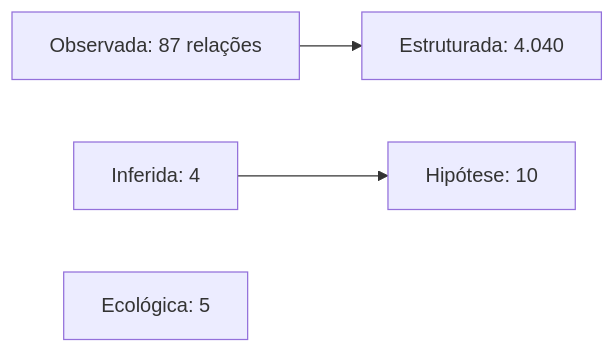
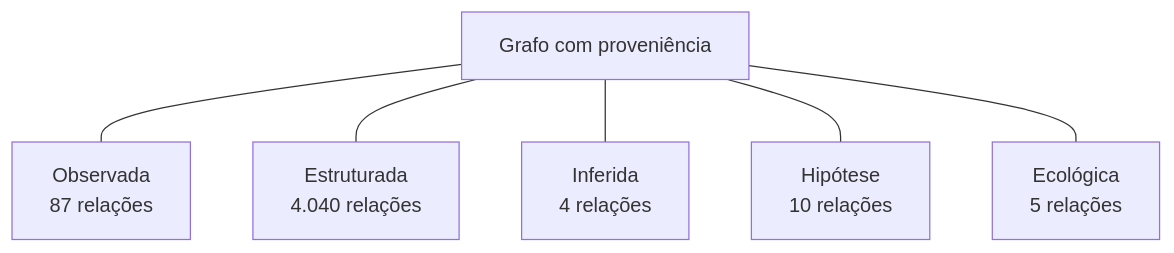
The second of 2 diagrams in README.md (santosry/GraphAmbiCardio), drawn with Mermaid before and after one commit. The commit also changed other lines of this file and 10 other files, not shown here.

First line of the commit message:
Remove AI declaration and suggestion button from the site; merge graph and epidemiology tabs

````diff
--- a/README.md
+++ b/README.md
@@ -188,6 +188,9 @@
 ```mermaid
-flowchart LR
-    OBS[Observada: 87 relações] --> STR[Estruturada: 4.040]
-    INF[Inferida: 4] --> HYP[Hipótese: 10]
-    ECO[Ecológica: 5]
+flowchart TB
+    G["Grafo com proveniência"]
+    G --- OBS["Observada<br/>87 relações"]
+    G --- STR["Estruturada<br/>4.040 relações"]
+    G --- INF["Inferida<br/>4 relações"]
+    G --- HYP["Hipótese<br/>10 relações"]
+    G --- ECO["Ecológica<br/>5 relações"]
 ```
````
